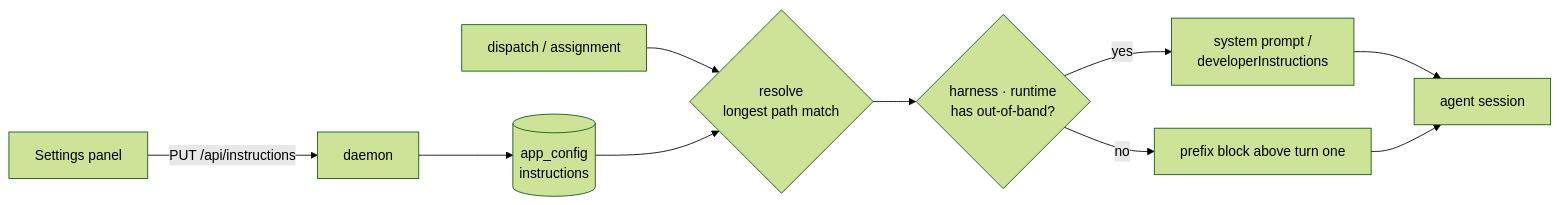
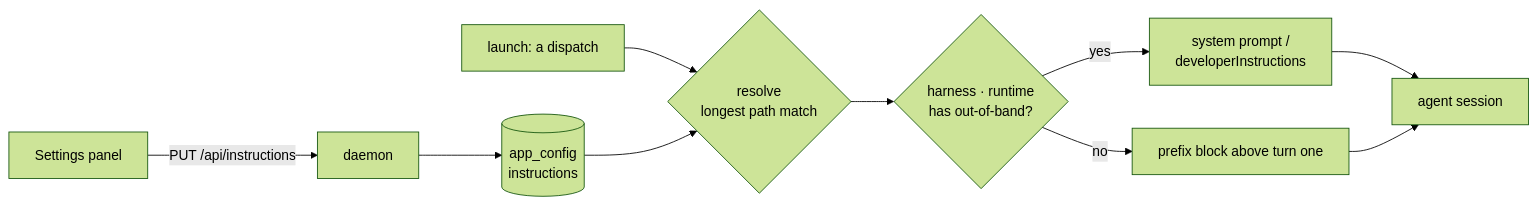
One commit to teamupstart/mission-control changed the diagram in docs/plans/repository-standing-instructions/plan.md. Above: the diagram before and after it, drawn with Mermaid (forest theme). The commit also changed other lines of this file and 5 other files, not shown here.

````diff
--- a/docs/plans/repository-standing-instructions/plan.md
+++ b/docs/plans/repository-standing-instructions/plan.md
@@ -258,12 +259,12 @@
 ```mermaid
 flowchart LR
   P[Settings panel] -->|PUT /api/instructions| D[daemon]
   D --> S[(app_config<br/>instructions)]
-  T[dispatch / assignment] --> R{resolve<br/>longest path match}
+  T[launch: a dispatch] --> R{resolve<br/>longest path match}
   S --> R
   R --> C{harness · runtime<br/>has out-of-band?}
   C -->|yes| A[system prompt /<br/>developerInstructions]
   C -->|no| B[prefix block above turn one]
   A --> L[agent session]
   B --> L
 ```
````
